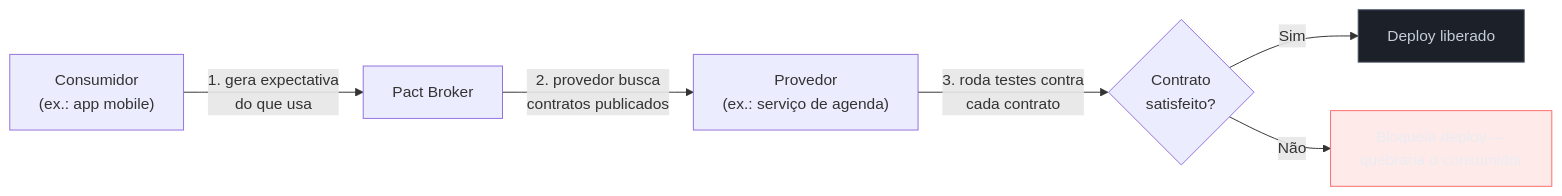
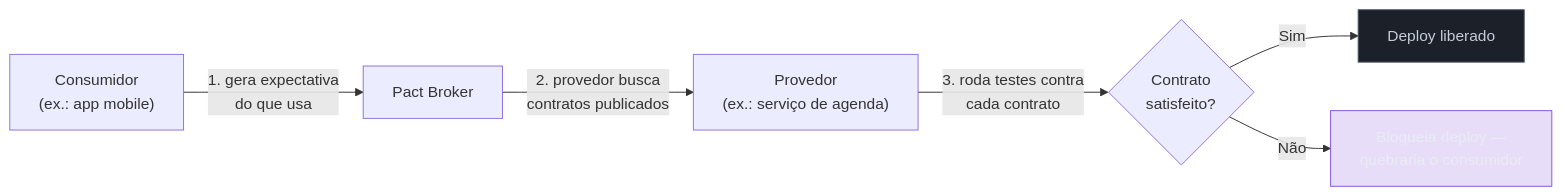
Before and after one commit to josenaldo/codex-technomanticus: the third of 3 diagrams in 03-Dominios/Engenharia/Comunicação entre Sistemas/2 - Comunicação síncrona/06 - REST vs GraphQL vs gRPC — decisão.md, drawn with Mermaid. The commit also changed 601 other files, not shown here.

````diff
--- a/03-Dominios/Engenharia/Comunicação entre Sistemas/2 - Comunicação síncrona/06 - REST vs GraphQL vs gRPC — decisão.md
+++ b/03-Dominios/Engenharia/Comunicação entre Sistemas/2 - Comunicação síncrona/06 - REST vs GraphQL vs gRPC — decisão.md
@@ -236,13 +236,13 @@
 ```mermaid
 graph LR
+    classDef marca fill:#8855DF33,stroke:#8855DF,color:#E9ECF2
     classDef neutro fill:#1B2029,stroke:#4E5666,color:#C6CCD8
-    classDef falha fill:#FF6B6B24,stroke:#FF6B6B,color:#E9ECF2
     C["Consumidor<br/>(ex.: app mobile)"] -->|"1. gera expectativa<br/>do que usa"| PB["Pact Broker"]
     PB -->|"2. provedor busca<br/>contratos publicados"| P["Provedor<br/>(ex.: serviço de agenda)"]
     P -->|"3. roda testes contra<br/>cada contrato"| V{"Contrato<br/>satisfeito?"}
     V -->|"Sim"| OK["Deploy liberado"]
     V -->|"Não"| FAIL["Bloqueia deploy —<br/>quebraria o consumidor"]
 
     class OK neutro
-    class FAIL falha
+    class FAIL marca
 ```
````
